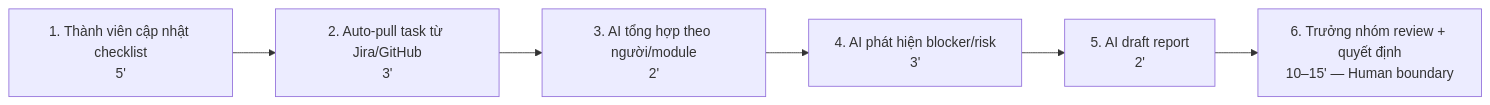
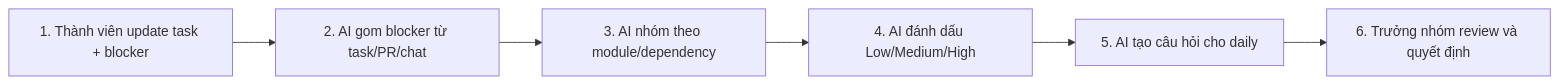
Before and after one commit to leeduydong2005/Day02-2A202600754-Le_Duy_Dong: the second of 2 diagrams in assets/workflow-mermaid.md, drawn with Mermaid. The commit also changed other lines of this file and 15 other files, not shown here.

````diff
--- a/assets/workflow-mermaid.md
+++ b/assets/workflow-mermaid.md
@@ -17,8 +17,8 @@
 ```mermaid
 flowchart LR
-    A["1. Thành viên cập nhật checklist<br/>5'"] --> B["2. Auto-pull task từ Jira/GitHub<br/>3'"]
-    B --> C["3. AI tổng hợp theo người/module<br/>2'"]
-    C --> D["4. AI phát hiện blocker/risk<br/>3'"]
-    D --> E["5. AI draft report<br/>2'"]
-    E --> F["6. Trưởng nhóm review + quyết định<br/>10–15' — Human boundary"]
+    A["1. Thành viên update task + blocker"] --> B["2. AI gom blocker từ task/PR/chat"]
+    B --> C["3. AI nhóm theo module/dependency"]
+    C --> D["4. AI đánh dấu Low/Medium/High"]
+    D --> E["5. AI tạo câu hỏi cho daily"]
+    E --> F["6. Trưởng nhóm review và quyết định"]
 ```
````
